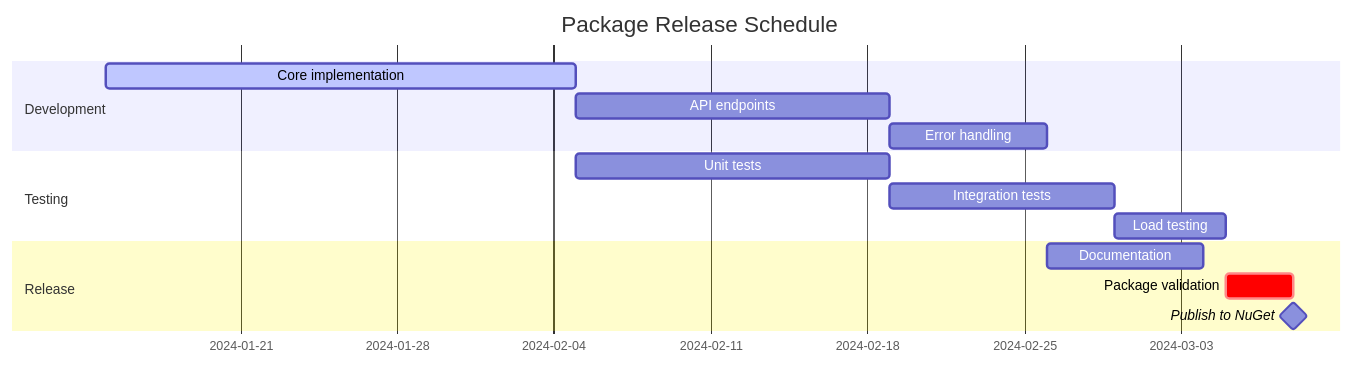
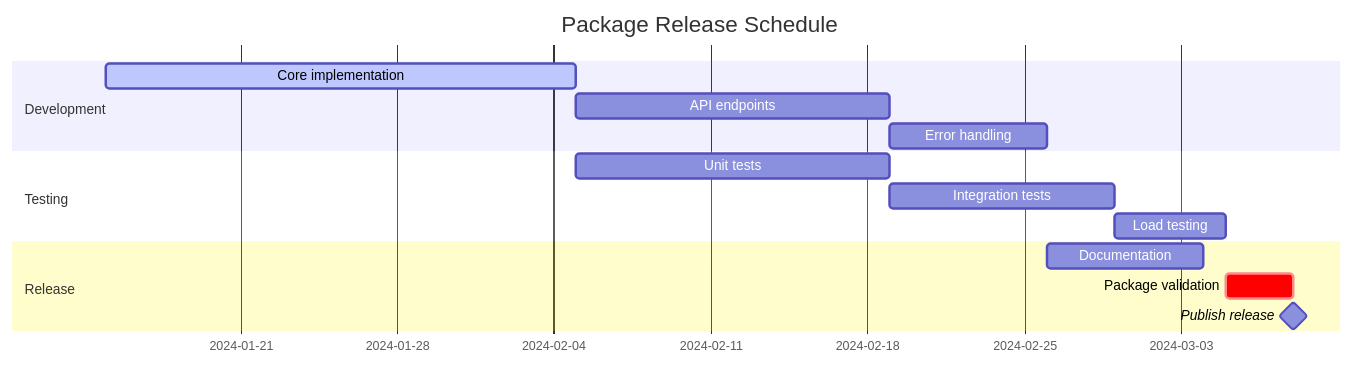
Before and after one commit to gavinmcfall/agentic-config: the sixth of 6 diagrams in config/skills/core/mermaid-diagrams/references/gantt.md, drawn with Mermaid. The commit also changed 4 other files, not shown here.

````diff
--- a/config/skills/core/mermaid-diagrams/references/gantt.md
+++ b/config/skills/core/mermaid-diagrams/references/gantt.md
@@ -130,24 +130,24 @@
 ```mermaid
 gantt
     title Package Release Schedule
     dateFormat YYYY-MM-DD
 
     section Development
     Core implementation       :active, dev, 2024-01-15, 21d
     API endpoints            :api, after dev, 14d
     Error handling           :err, after api, 7d
 
     section Testing
     Unit tests               :test, after dev, 14d
     Integration tests        :integ, after api, 10d
     Load testing            :load, after integ, 5d
 
     section Release
     Documentation           :docs, after err, 7d
     Package validation      :crit, valid, after load, 3d
-    Publish to NuGet       :milestone, pub, after valid, 0d
+    Publish release        :milestone, pub, after valid, 0d
 
     %% MEANING: Full release timeline with dependencies
     %% MARKERS: 'crit' = critical path, 'milestone' = key event
     %% VALUE: Shows parallelizable work and bottlenecks
 ```
````
